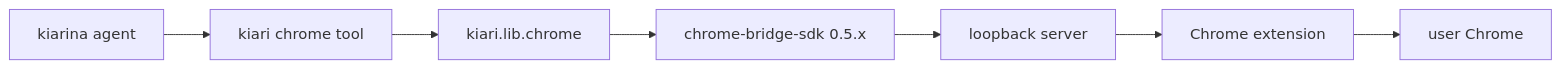
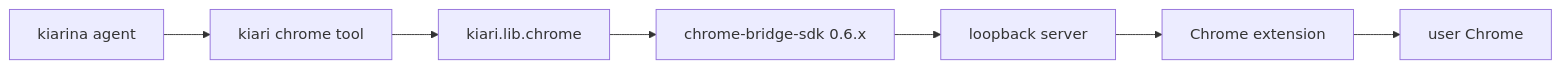
The first of 2 diagrams in docs/concepts/chrome-tool-and-bridge.md (kiarina/kiari), drawn with Mermaid before and after one commit. The commit also changed other lines of this file and 7 other files, not shown here.

````diff
--- a/docs/concepts/chrome-tool-and-bridge.md
+++ b/docs/concepts/chrome-tool-and-bridge.md
@@ -12,9 +12,9 @@
 ```mermaid
 flowchart LR
     Agent["kiarina agent"] --> Tool["kiari chrome tool"]
     Tool --> Adapter["kiari.lib.chrome"]
-    Adapter --> SDK["chrome-bridge-sdk 0.5.x"]
+    Adapter --> SDK["chrome-bridge-sdk 0.6.x"]
     SDK --> Server["loopback server"]
     Server --> Extension["Chrome extension"]
     Extension --> Chrome["user Chrome"]
 ```
````
